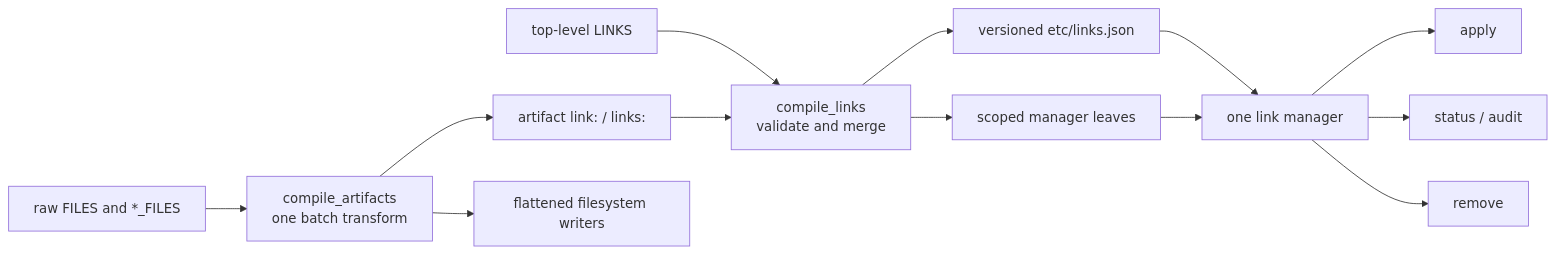
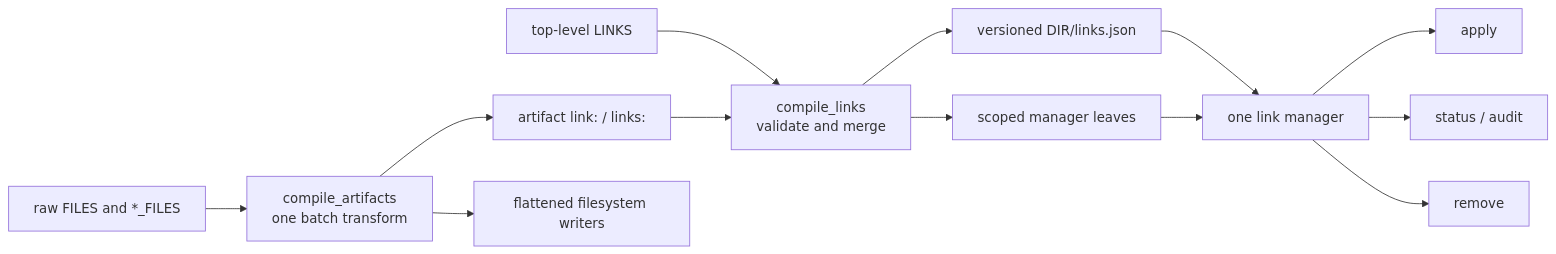
One commit to rektide/compfuzor changed the diagram in .design/link-script/draft2-0.gpt56.md. Above: the diagram before and after it, drawn with Mermaid. The commit also changed other lines of this file, not shown here.

````diff
--- a/.design/link-script/draft2-0.gpt56.md
+++ b/.design/link-script/draft2-0.gpt56.md
@@ -65,15 +65,15 @@
 ```mermaid
 flowchart LR
   raw["raw FILES and *_FILES"] --> artifacts["compile_artifacts<br/>one batch transform"]
   explicit["top-level LINKS"] --> links["compile_links<br/>validate and merge"]
   artifacts --> annotations["artifact link: / links:"]
   annotations --> links
-  links --> manifest["versioned etc/links.json"]
+  links --> manifest["versioned DIR/links.json"]
   links --> consumers["scoped manager leaves"]
   manifest --> manager["one link manager"]
   consumers --> manager
   manager --> apply["apply"]
   manager --> status["status / audit"]
   manager --> remove["remove"]
   artifacts --> filesystem["flattened filesystem writers"]
 ```
````
